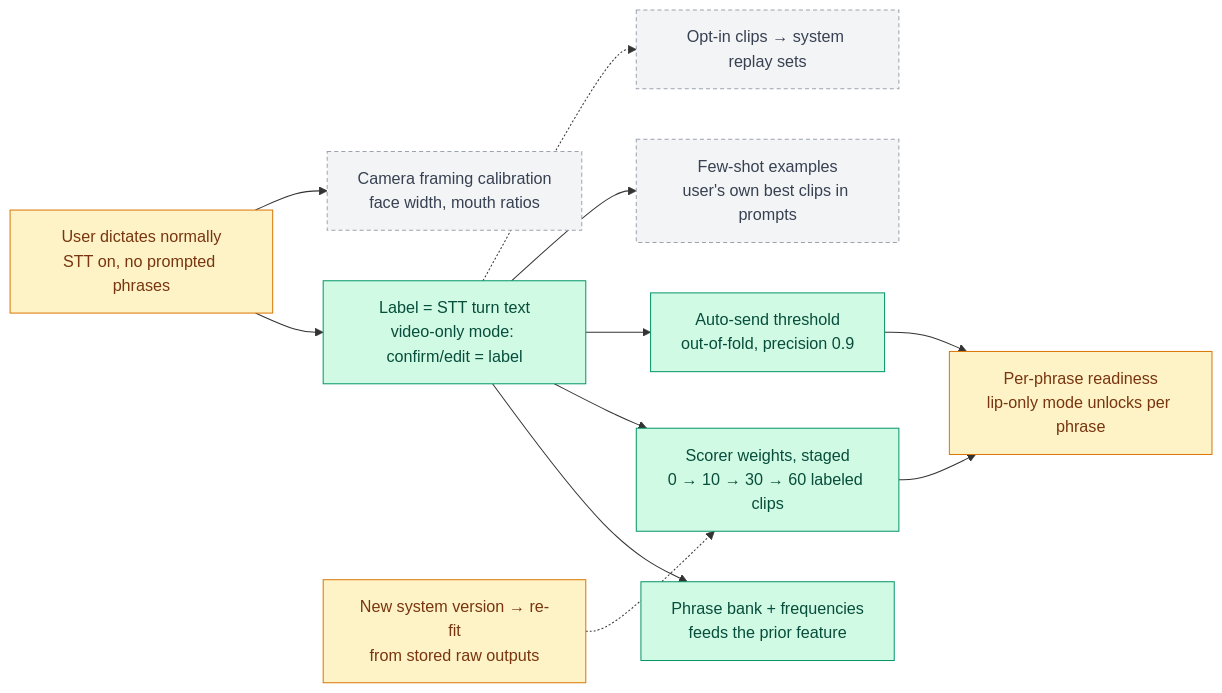
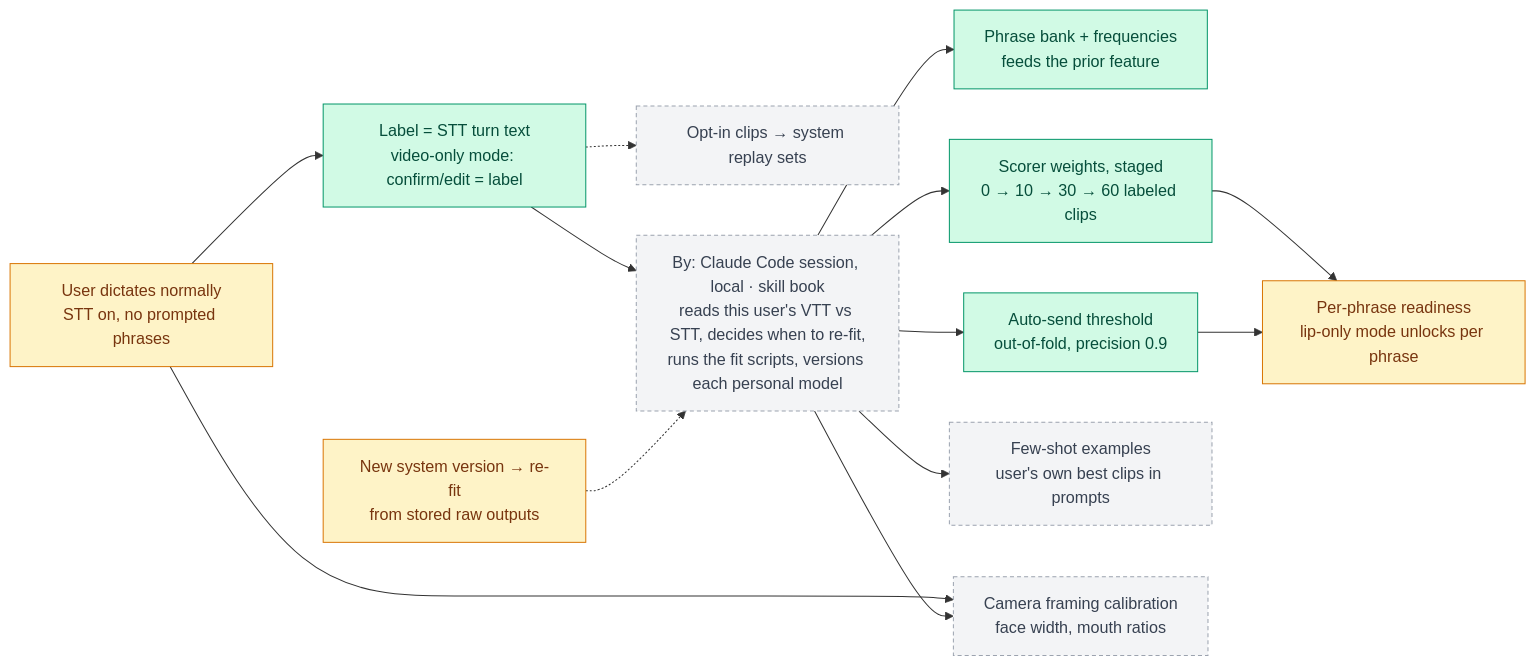
One commit to Darijan-Ducic/badge-machine changed the third of 7 diagrams in docs/pipeline.md. Above: the diagram before and after it, drawn with Mermaid. The commit also changed other lines of this file and 2 other files, not shown here.

First line of the commit message:
docs: mark a local Claude Code session as the owner of every iteration

````diff
--- a/docs/pipeline.md
+++ b/docs/pipeline.md
@@ -82,27 +85,29 @@
 ```mermaid
 flowchart LR
   USE["User dictates normally<br/>STT on, no prompted phrases"]
   LBL["Label = STT turn text<br/>video-only mode: confirm/edit = label"]
   BANK["Phrase bank + frequencies<br/>feeds the prior feature"]
   W["Scorer weights, staged<br/>0 → 10 → 30 → 60 labeled clips"]
   TH["Auto-send threshold<br/>out-of-fold, precision 0.9"]
   FEW["Few-shot examples<br/>user's own best clips in prompts"]
   READY["Per-phrase readiness<br/>lip-only mode unlocks per phrase"]
   CAL["Camera framing calibration<br/>face width, mouth ratios"]
   OUT["Opt-in clips → system replay sets"]
   IN["New system version → re-fit<br/>from stored raw outputs"]
+  AG["By: Claude Code session, local · skill book<br/>reads this user's VTT vs STT, decides when to re-fit,<br/>runs the fit scripts, versions each personal model"]
 
   USE --> LBL
   USE --> CAL
-  LBL --> BANK & W & TH & FEW
+  LBL --> AG
+  AG --> BANK & W & TH & FEW & CAL
   W & TH --> READY
   LBL -.-> OUT
-  IN -.-> W
+  IN -.-> AG
 
   classDef built fill:#d1fae5,stroke:#059669,color:#064e3b
   classDef building fill:#fef3c7,stroke:#d97706,color:#78350f
   classDef planned fill:#f3f4f6,stroke:#9ca3af,color:#374151,stroke-dasharray:4 3
   class LBL,BANK,W,TH built
   class USE,IN,READY building
-  class FEW,CAL,OUT planned
+  class FEW,CAL,OUT,AG planned
 ```
````
